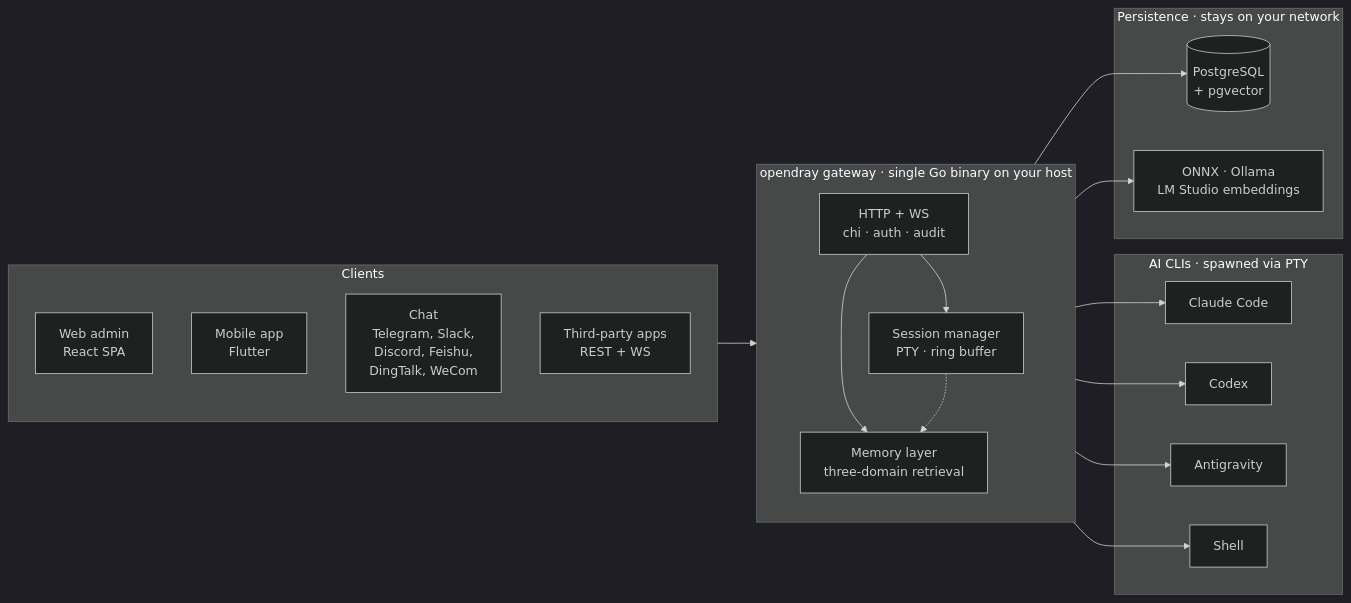
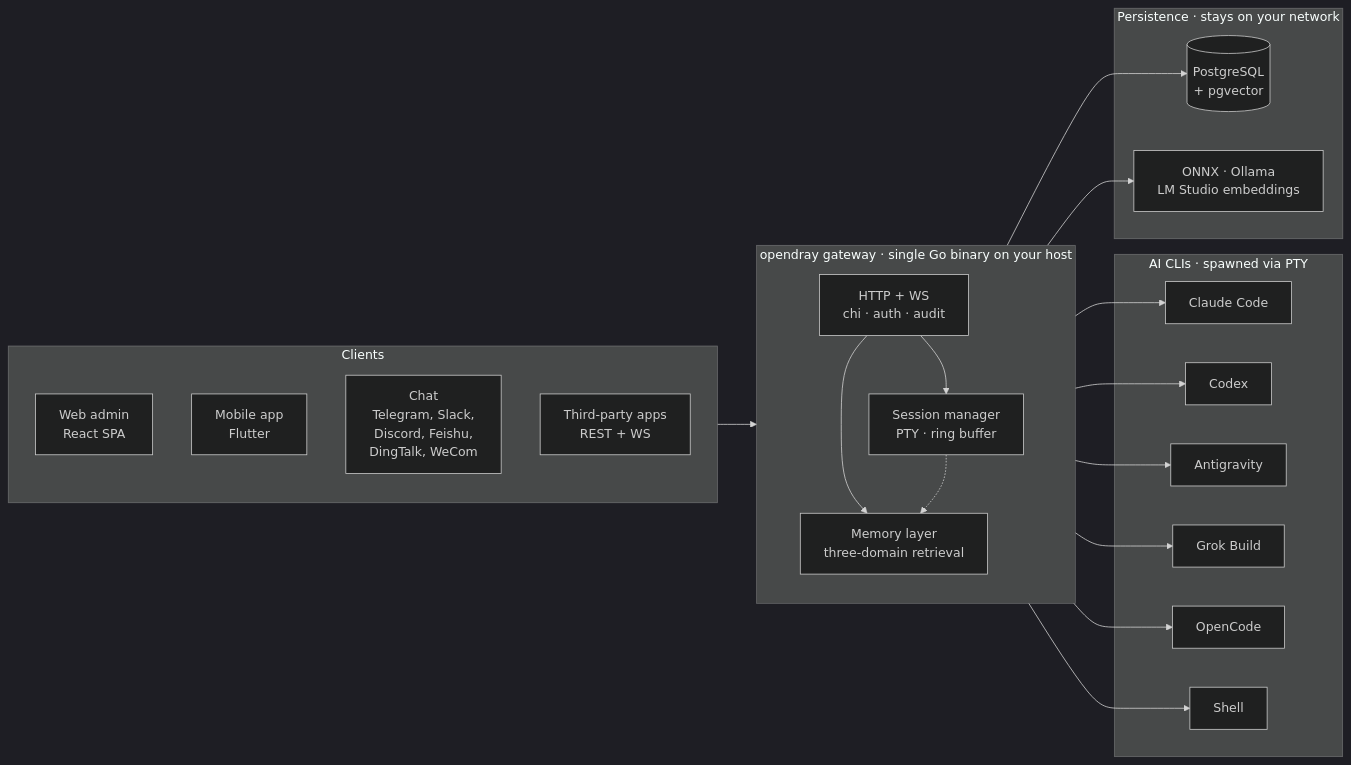
Before and after one commit to Opendray/opendray: the fifth of 5 diagrams in README.de.md, drawn with Mermaid (dark theme). The commit also changed other lines of this file and 12 other files, not shown here.

````diff
--- a/README.de.md
+++ b/README.de.md
@@ -63,39 +178,43 @@
 ```mermaid
 flowchart LR
     subgraph clients [Clients]
         web[Web admin<br/>React SPA]
         mob[Mobile app<br/>Flutter]
         chat[Chat<br/>Telegram, Slack,<br/>Discord, Feishu,<br/>DingTalk, WeCom]
         api[Third-party apps<br/>REST + WS]
     end
 
     subgraph gw [opendray gateway · single Go binary on your host]
         direction TB
         http[HTTP + WS<br/>chi · auth · audit]
         sess[Session manager<br/>PTY · ring buffer]
         mem[Memory layer<br/>three-domain retrieval]
     end
 
     subgraph cli [AI CLIs · spawned via PTY]
         cc[Claude Code]
         co[Codex]
         ag[Antigravity]
+        gb[Grok Build]
+        oc[OpenCode]
         sh[Shell]
     end
 
     subgraph data [Persistence · stays on your network]
         pg[(PostgreSQL<br/>+ pgvector)]
         em[ONNX · Ollama<br/>LM Studio embeddings]
     end
 
     clients --> http
     http --> sess
     http --> mem
     sess --> cc
     sess --> co
     sess --> ag
+    sess --> gb
+    sess --> oc
     sess --> sh
     sess -.-> mem
     mem --> pg
     mem --> em
 ```
````
